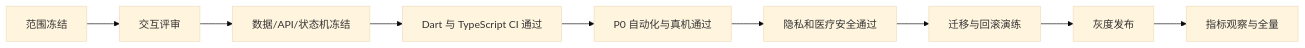
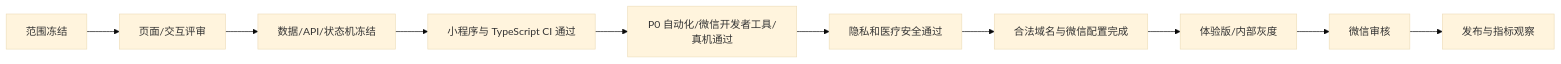
One commit to zhanglongfeng27101797/yayaxingqiu changed the diagram in docs/delivery/acceptance-and-release.md. Above: the diagram before and after it, drawn with Mermaid (base theme). The commit also changed other lines of this file, not shown here.

````diff
--- a/docs/delivery/acceptance-and-release.md
+++ b/docs/delivery/acceptance-and-release.md
@@ -25,11 +72,12 @@
 ```mermaid
 flowchart LR
-    A[范围冻结] --> B[交互评审]
+    A[范围冻结] --> B[页面/交互评审]
     B --> C[数据/API/状态机冻结]
-    C --> D[Dart 与 TypeScript CI 通过]
-    D --> E[P0 自动化与真机通过]
+    C --> D[小程序与 TypeScript CI 通过]
+    D --> E[P0 自动化/微信开发者工具/真机通过]
     E --> F[隐私和医疗安全通过]
-    F --> G[迁移与回滚演练]
-    G --> H[灰度发布]
-    H --> I[指标观察与全量]
+    F --> G[合法域名与微信配置完成]
+    G --> H[体验版/内部灰度]
+    H --> I[微信审核]
+    I --> J[发布与指标观察]
 ```
````
